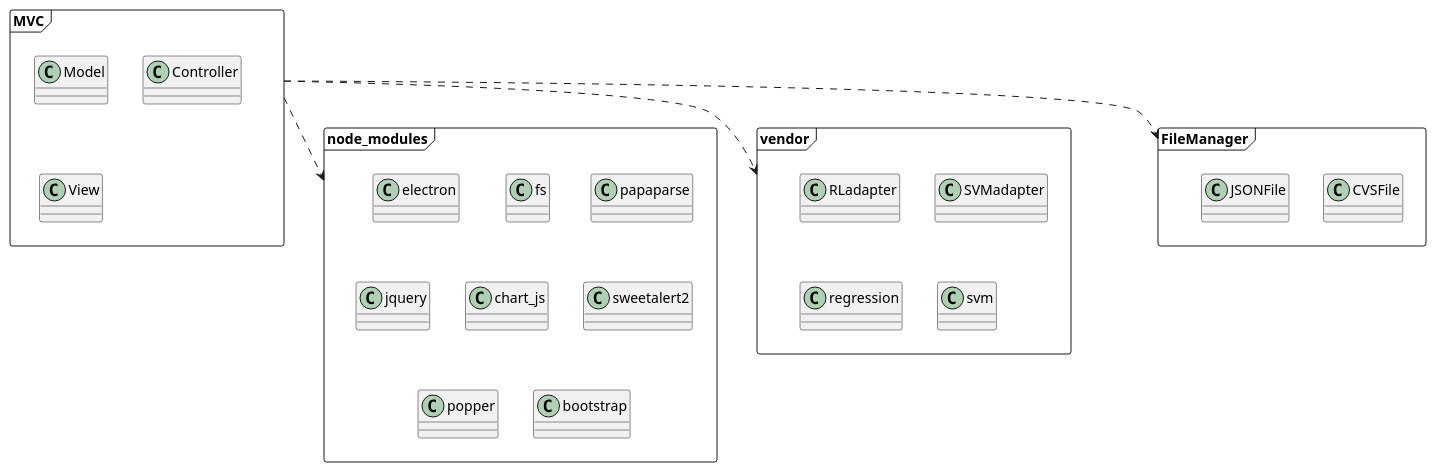
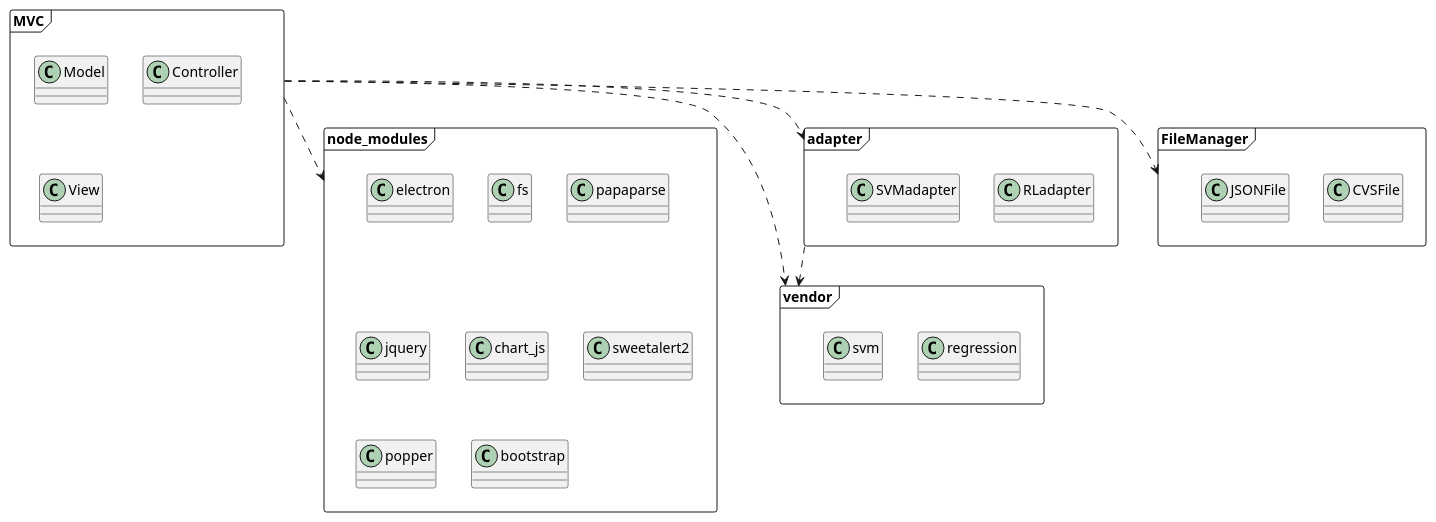
Before and after one commit to sofiabononi/project-docs: the diagram in esterni/diagrammi/diagrammi-training-app/src/packagesDiagram.plantuml, drawn with PlantUML. The commit also changed 1 other file, not shown here.

Commit message:
docs: modifica diagramma dei package training-app

```diff
--- a/esterni/diagrammi/diagrammi-training-app/src/packagesDiagram.plantuml
+++ b/esterni/diagrammi/diagrammi-training-app/src/packagesDiagram.plantuml
@@ -1,36 +1,41 @@
 @startuml
 
 package node_modules <<Frame>> {
   class electron
   class fs
   class papaparse
   class jquery
   class chart_js
   class sweetalert2
   class popper
   class bootstrap
 }
 
 package vendor <<Frame>> {
+  class regression
+  class svm
+}
+
+package adapter <<Frame>> {
   class RLadapter
   Class SVMadapter
-  class regression
-  class svm
 }
 
 package FileManager <<Frame>> {
   class CVSFile
   class JSONFile
 }
 
 package MVC <<Frame>> {
   class Model 
   class Controller
   class View
 }
 
 MVC ..> vendor
 MVC ..> FileManager
 MVC ..> node_modules
+MVC ..> adapter
+adapter ..> vendor
 
 @enduml
```
